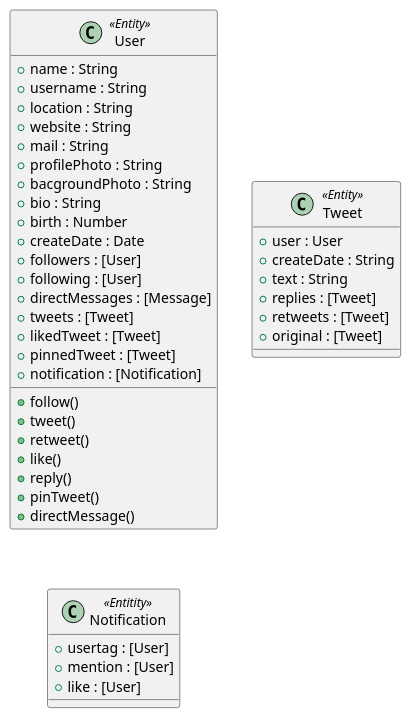
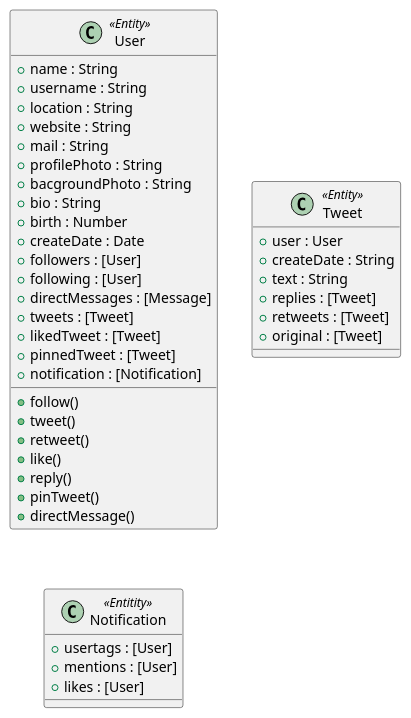
The diagram in class-diagram.puml (veyselusta/twitter), drawn with PlantUML before and after one commit.

Commit message:
Fix properties of Notification Class

```diff
--- a/class-diagram.puml
+++ b/class-diagram.puml
@@ -1,48 +1,49 @@
 @startuml "Class Diagram"
 
 class User <<Entity>> {
   + name : String
   + username : String
   + location : String
   + website : String
   + mail : String
   + profilePhoto : String
   + bacgroundPhoto : String
   + bio : String
   + birth : Number
   + createDate : Date
   + followers : [User]
   + following : [User]
   + directMessages : [Message]
   + tweets : [Tweet]
   + likedTweet : [Tweet]
   + pinnedTweet : [Tweet]
   + notification : [Notification]
 
   + follow()
   + tweet()
   + retweet()
   + like()
   + reply()
   + pinTweet()
   + directMessage()
 }
 
 class Tweet <<Entity>> {
   + user : User
   + createDate : String
   + text : String
   + replies : [Tweet]
   + retweets : [Tweet]
   + original : [Tweet]
 }
 
 Class Notification <<Entitity>> {
-  + usertag : [User]
-  + mention : [User]
-  + like : [User]
+  + usertags : [User]
+  + mentions : [User]
+  + likes : [User]
 }
 
 
 
+
 @enduml
```
